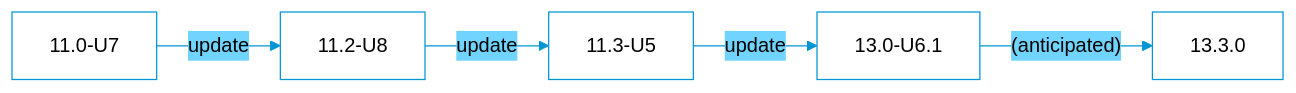
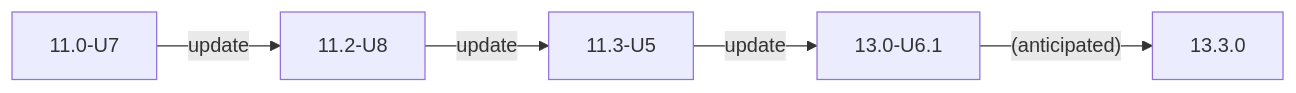
The first of 2 diagrams in static/includes/COREUpgradePaths.md (truenas/documentation), drawn with Mermaid before and after one commit. The commit also changed other lines of this file, not shown here.

```diff
--- a/static/includes/COREUpgradePaths.md
+++ b/static/includes/COREUpgradePaths.md
@@ -3,23 +12,7 @@
-{{< mermaid class="mermaid_sizing" >}}
-%%{
-  init: {
-    'theme': 'base',
-    'themeVariables': {
-      'primaryColor': '#FFFFFF',
-      'primaryTextColor': '#000000',
-      'primaryBorderColor': '#0095d5',
-      'secondaryColor': '#70d4ff',
-      'lineColor': '#0095d5',
-      'secondaryTextColor': '#FFFFFF',
-      'tertiaryColor': '#0095d5'
-    }
-  }
-}%%
-
-flowchart LR
-
-A["11.0-U7"] -->|update| B["11.2-U8"]
-B -->|update| C["11.3-U5"]
-C -->|update| D["13.0-U6.1"]
-D -->|"(anticipated)"| E["13.3.0"]
-{{< /mermaid >}}
+      {{< mermaid class="mermaid_sizing" >}}
+      flowchart LR
+      A["11.0-U7"] -->|update| B["11.2-U8"]
+      B -->|update| C["11.3-U5"]
+      C -->|update| D["13.0-U6.1"]
+      D -->|"(anticipated)"| E["13.3.0"]
+      {{< /mermaid >}}
```
